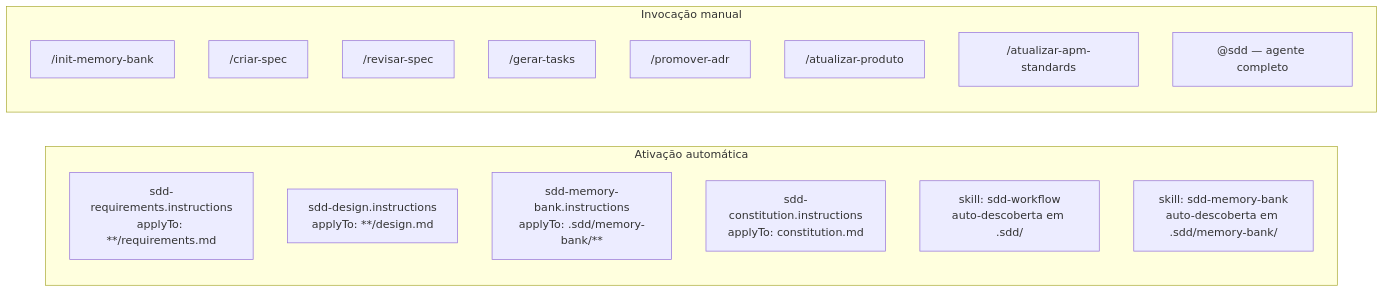
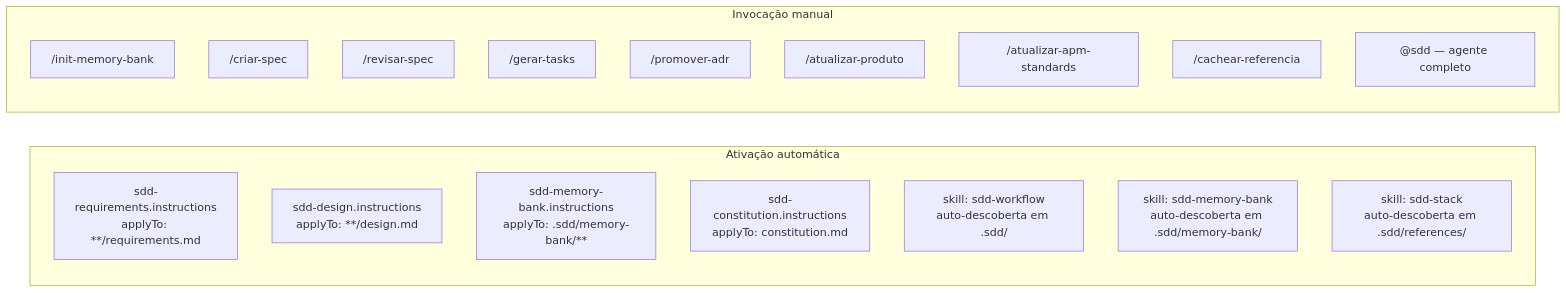
Before and after one commit to heandroro/sdd-framework: the third of 3 diagrams in SDD-FLOW.md, drawn with Mermaid. The commit also changed other lines of this file and 2 other files, not shown here.

Commit message:
feat(apm): adicionar cache de referências de stack (.sdd/references/)
- prompts/cachear-referencia.prompt.md: busca URL, extrai conteúdo relevante
  para specs (contratos, padrões, restrições), salva em .sdd/references/<tech>.md
  e registra em architecture.md
- skills/sdd-stack/SKILL.md: skill auto-descoberta que carrega referências
  cacheadas ao trabalhar em specs com tecnologias conhecidas
- SDD-FLOW.md: adiciona /cachear-referencia na tabela de primitivos e
  skill sdd-stack no diagrama de primitivos APM

````diff
--- a/SDD-FLOW.md
+++ b/SDD-FLOW.md
@@ -159,22 +160,24 @@
 ```mermaid
 flowchart LR
     subgraph AUTO["Ativação automática"]
         I1["sdd-requirements.instructions<br/>applyTo: **/requirements.md"]
         I2["sdd-design.instructions<br/>applyTo: **/design.md"]
         I3["sdd-memory-bank.instructions<br/>applyTo: .sdd/memory-bank/**"]
         I4["sdd-constitution.instructions<br/>applyTo: constitution.md"]
         SK1["skill: sdd-workflow<br/>auto-descoberta em .sdd/"]
         SK2["skill: sdd-memory-bank<br/>auto-descoberta em .sdd/memory-bank/"]
+        SK3["skill: sdd-stack<br/>auto-descoberta em .sdd/references/"]
     end
 
     subgraph MANUAL["Invocação manual"]
         P0["/init-memory-bank"]
         P1["/criar-spec"]
         P2["/revisar-spec"]
         P3["/gerar-tasks"]
         P4["/promover-adr"]
         P5["/atualizar-produto"]
         P6["/atualizar-apm-standards"]
+        P7["/cachear-referencia"]
         AG["@sdd — agente completo"]
     end
 ```
````
